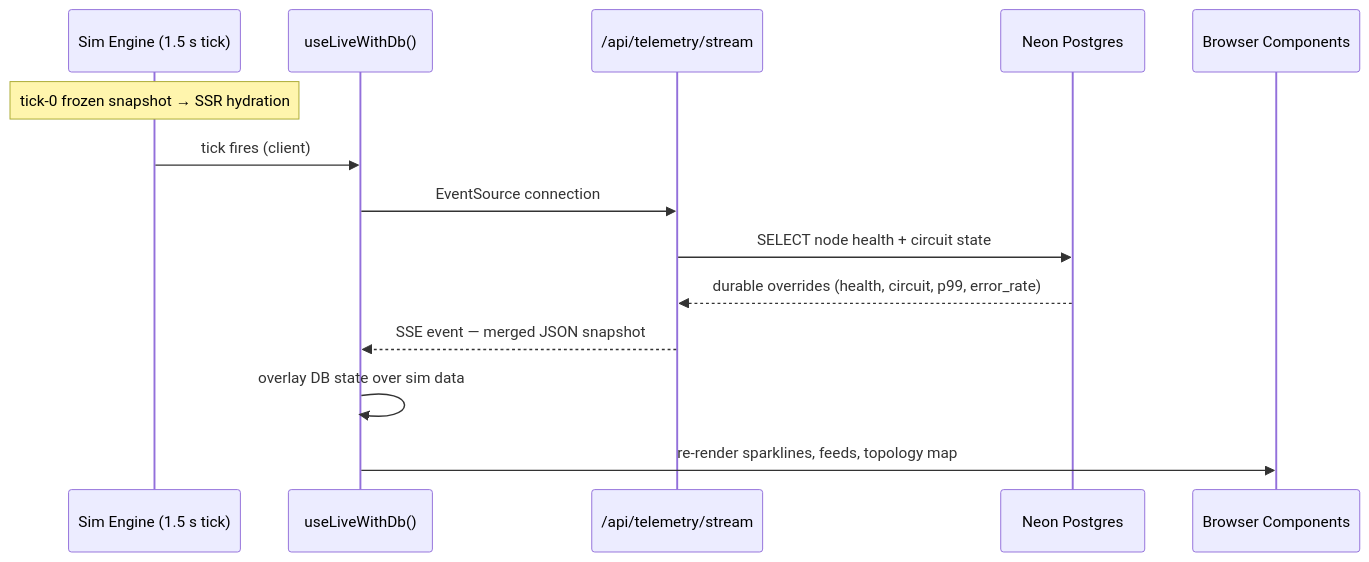
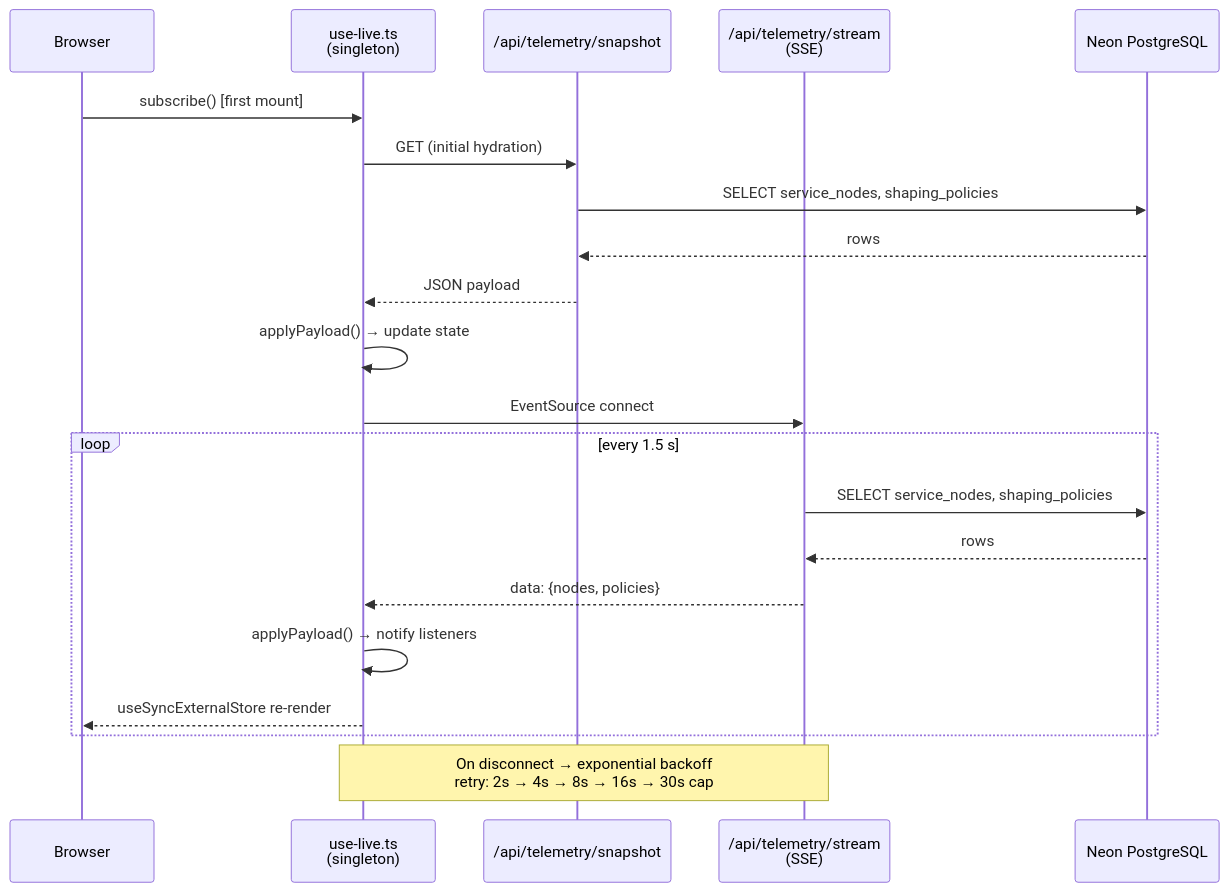
One commit to BugHunterX2101/SentinalGateway changed the second of 6 diagrams in README.md. Above: the diagram before and after it, drawn with Mermaid. The commit also changed other lines of this file and 9 other files, not shown here.

````diff
--- a/README.md
+++ b/README.md
@@ -168,17 +126,26 @@
 ```mermaid
 sequenceDiagram
-    participant Sim as Sim Engine (1.5 s tick)
-    participant Hook as useLiveWithDb()
-    participant SSE as /api/telemetry/stream
-    participant DB as Neon Postgres
-    participant UI as Browser Components
+    participant Browser
+    participant Hook as use-live.ts<br/>(singleton)
+    participant Snap as /api/telemetry/snapshot
+    participant SSE as /api/telemetry/stream<br/>(SSE)
+    participant DB as Neon PostgreSQL
 
-    Note over Sim: tick-0 frozen snapshot → SSR hydration
-    Sim->>Hook: tick fires (client)
-    Hook->>SSE: EventSource connection
-    SSE->>DB: SELECT node health + circuit state
-    DB-->>SSE: durable overrides (health, circuit, p99, error_rate)
-    SSE-->>Hook: SSE event — merged JSON snapshot
-    Hook->>Hook: overlay DB state over sim data
-    Hook->>UI: re-render sparklines, feeds, topology map
+    Browser->>Hook: subscribe() [first mount]
+    Hook->>Snap: GET (initial hydration)
+    Snap->>DB: SELECT service_nodes, shaping_policies
+    DB-->>Snap: rows
+    Snap-->>Hook: JSON payload
+    Hook->>Hook: applyPayload() → update state
+
+    Hook->>SSE: EventSource connect
+    loop every 1.5 s
+        SSE->>DB: SELECT service_nodes, shaping_policies
+        DB-->>SSE: rows
+        SSE-->>Hook: data: {nodes, policies}
+        Hook->>Hook: applyPayload() → notify listeners
+        Hook-->>Browser: useSyncExternalStore re-render
+    end
+
+    Note over Hook,SSE: On disconnect → exponential backoff<br/>retry: 2s → 4s → 8s → 16s → 30s cap
 ```
````
